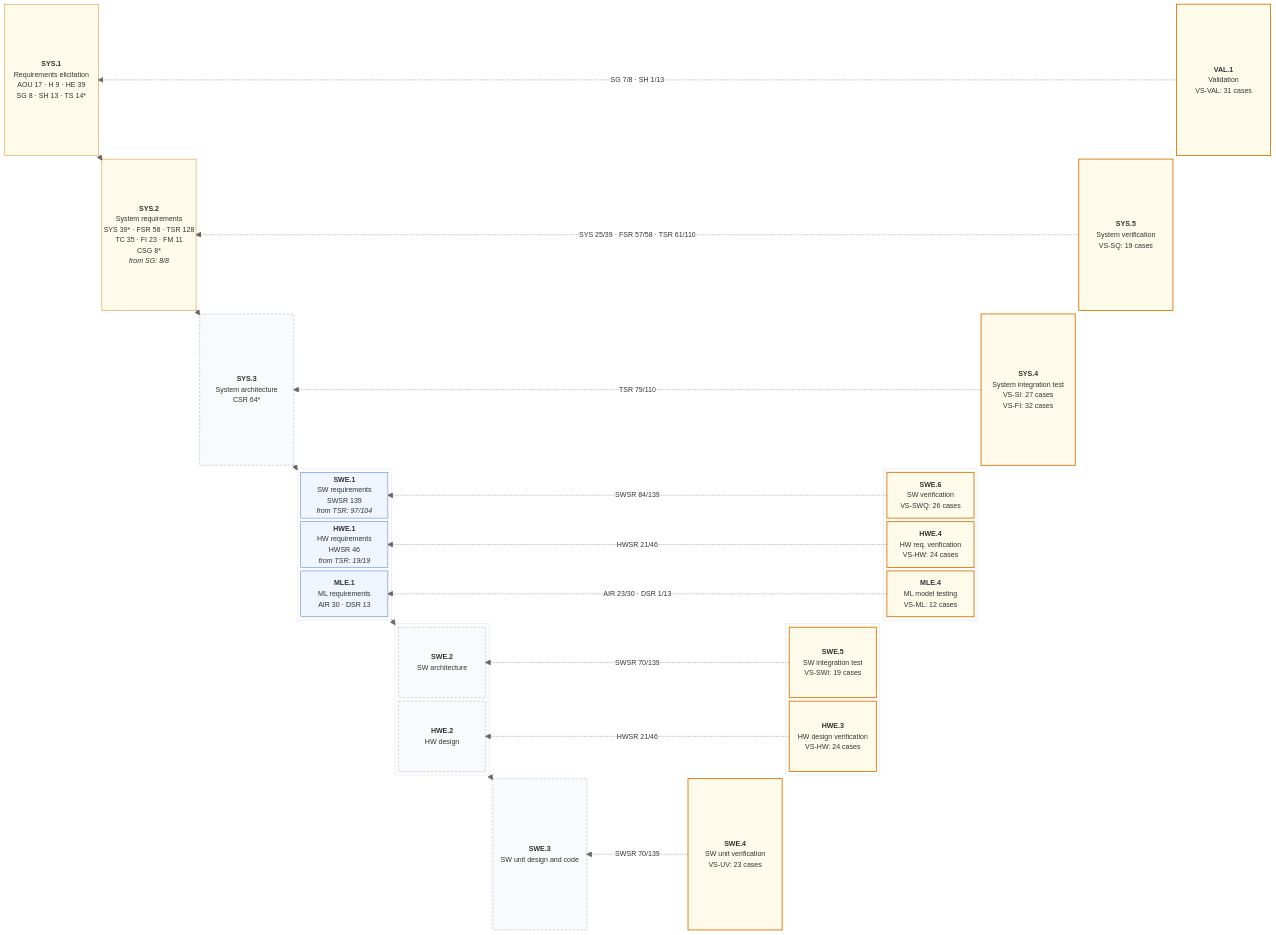
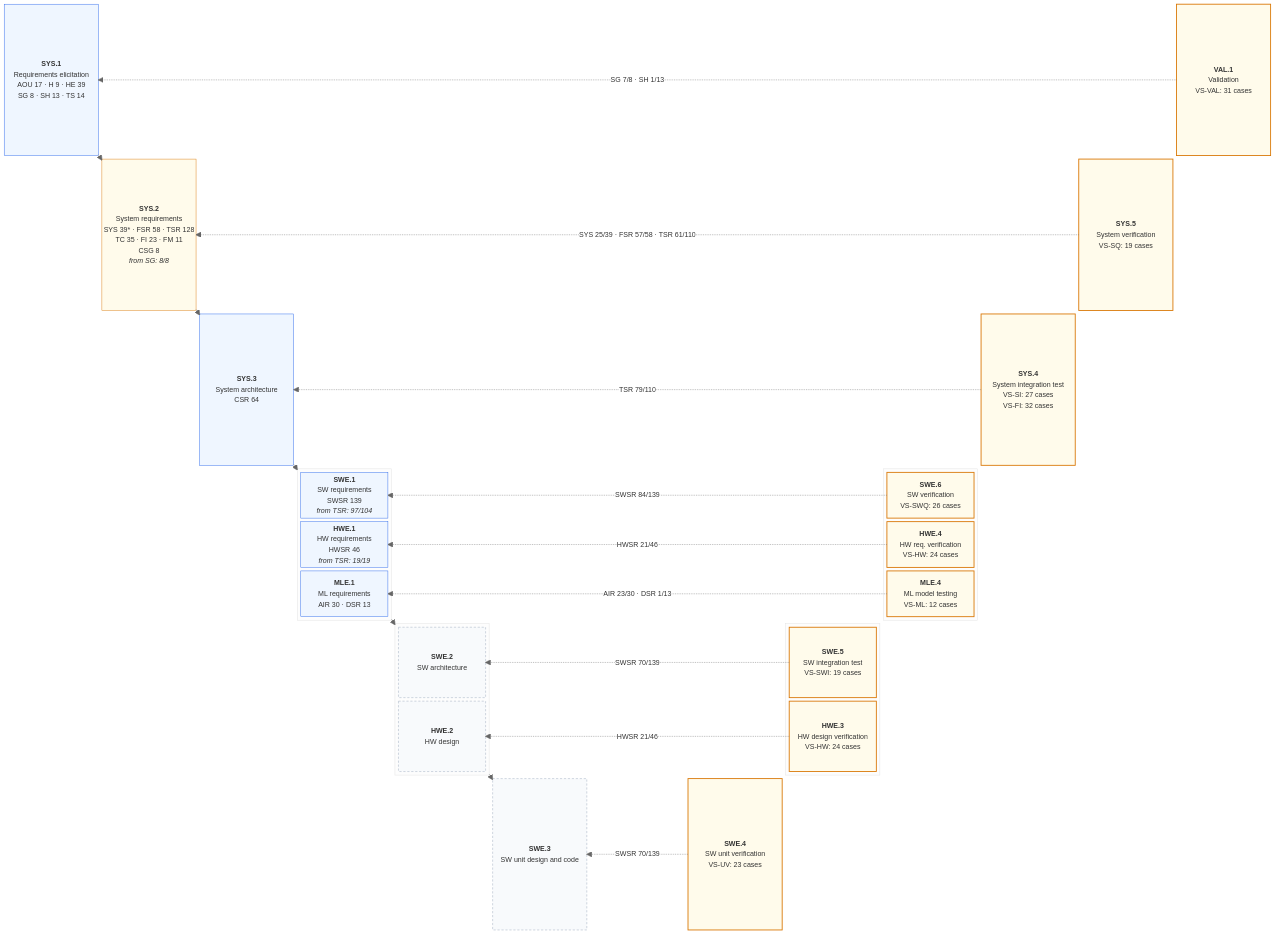
The first of 2 diagrams in assurance/trace/maps/aspice-trace-map.md (jherrodthomas/LionDriver), drawn with Mermaid (neutral theme) before and after one commit. The commit also changed other lines of this file and 16 other files, not shown here.

````diff
--- a/assurance/trace/maps/aspice-trace-map.md
+++ b/assurance/trace/maps/aspice-trace-map.md
@@ -22,7 +22,7 @@
 ```mermaid
 block-beta
   columns 13
-  SYS1["<b>SYS.1</b><br/>Requirements elicitation<br/>AOU 17 · H 9 · HE 39<br/>SG 8 · SH 13 · TS 14*"]
+  SYS1["<b>SYS.1</b><br/>Requirements elicitation<br/>AOU 17 · H 9 · HE 39<br/>SG 8 · SH 13 · TS 14"]
   space
   space
   space
@@ -36,7 +36,7 @@
   space
   VAL1["<b>VAL.1</b><br/>Validation<br/>VS-VAL: 31 cases"]
   space
-  SYS2["<b>SYS.2</b><br/>System requirements<br/>SYS 39* · FSR 58 · TSR 128<br/>TC 35 · FI 23 · FM 11<br/>CSG 8*<br/><i>from SG: 8/8</i>"]
+  SYS2["<b>SYS.2</b><br/>System requirements<br/>SYS 39* · FSR 58 · TSR 128<br/>TC 35 · FI 23 · FM 11<br/>CSG 8<br/><i>from SG: 8/8</i>"]
   space
   space
   space
@@ -50,7 +50,7 @@
   space
   space
   space
-  SYS3["<b>SYS.3</b><br/>System architecture<br/>CSR 64*"]
+  SYS3["<b>SYS.3</b><br/>System architecture<br/>CSR 64"]
   space
   space
   space
@@ -141,9 +141,9 @@
   style SWE5 fill:#FFFBEB,stroke:#D97706,stroke-width:2px
   style HWE3 fill:#FFFBEB,stroke:#D97706,stroke-width:2px
   style SWE4 fill:#FFFBEB,stroke:#D97706,stroke-width:2px
-  style SYS1 fill:#FFFBEB,stroke:#D97706
+  style SYS1 fill:#EFF6FF,stroke:#2563EB
   style SYS2 fill:#FFFBEB,stroke:#D97706
-  style SYS3 fill:#F8FAFC,stroke:#94A3B8,stroke-dasharray:5 4
+  style SYS3 fill:#EFF6FF,stroke:#2563EB
   style SWE1 fill:#EFF6FF,stroke:#2563EB
   style HWE1 fill:#EFF6FF,stroke:#2563EB
   style MLE1 fill:#EFF6FF,stroke:#2563EB
````
